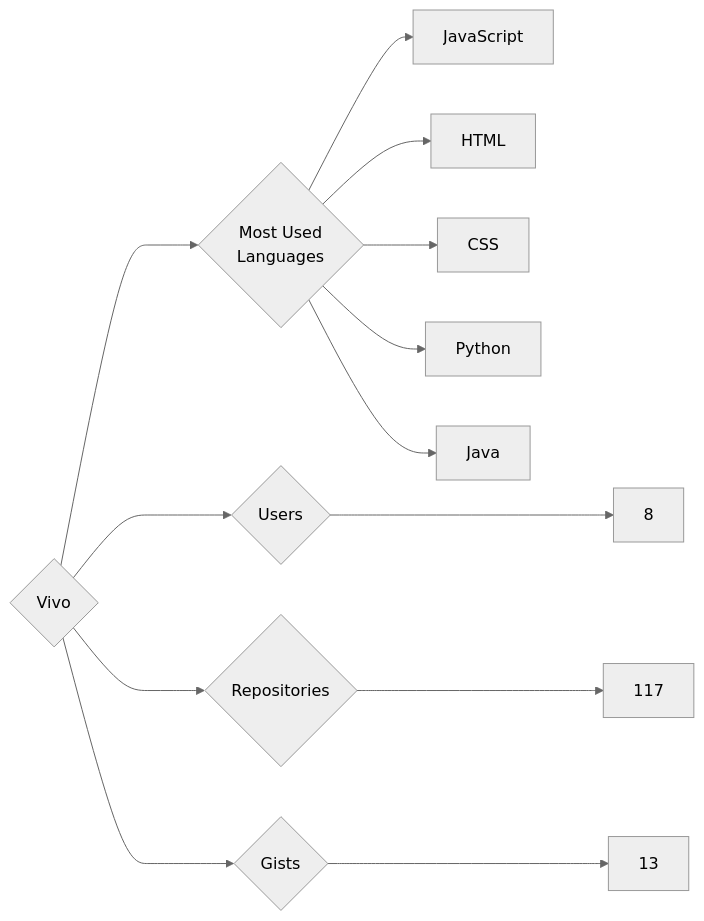
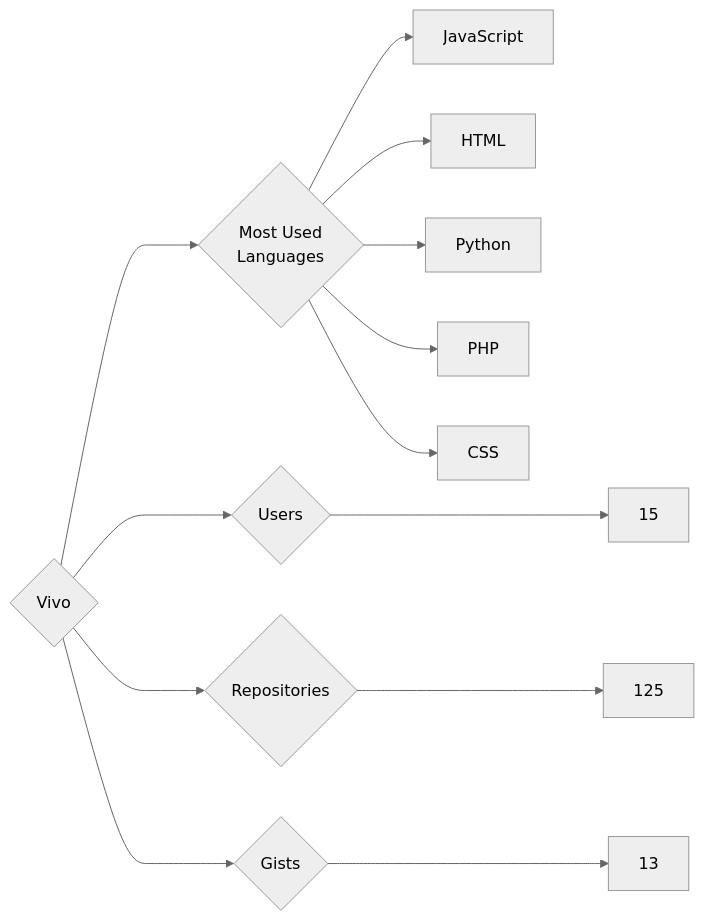
The diagram in targets/Vivo/README.md (trickest/insiders), drawn with Mermaid (neutral theme) before and after one commit. The commit also changed 835 other files, not shown here.

````diff
--- a/targets/Vivo/README.md
+++ b/targets/Vivo/README.md
@@ -3,13 +3,13 @@
 ```mermaid
 graph LR
 COMPANY_NAME{Vivo}
-COMPANY_NAME ---> U{Users} ---> UN[8]
-COMPANY_NAME ---> R{Repositories} ---> RN[117]
+COMPANY_NAME ---> U{Users} ---> UN[15]
+COMPANY_NAME ---> R{Repositories} ---> RN[125]
 COMPANY_NAME ---> G{Gists} ---> GN[13]
 COMPANY_NAME ---> ML{Most Used<br>Languages}
 ML --> JavaScript[JavaScript]
 ML --> HTML[HTML]
+ML --> Python[Python]
+ML --> PHP[PHP]
 ML --> CSS[CSS]
-ML --> Python[Python]
-ML --> Java[Java]
 ```
````
